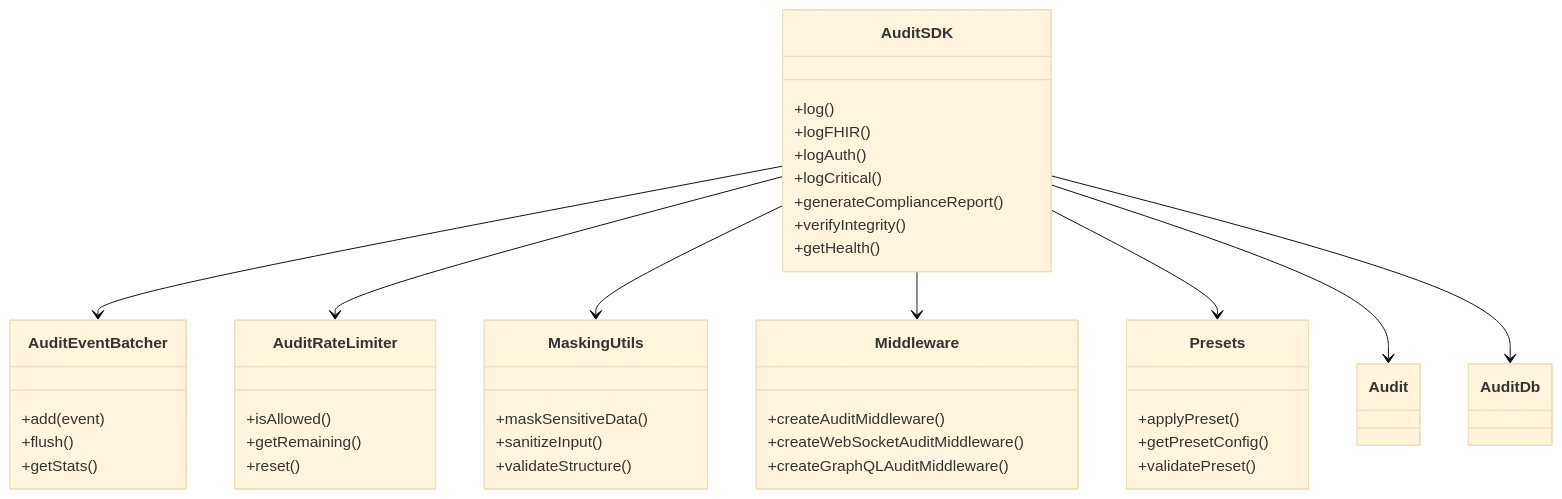
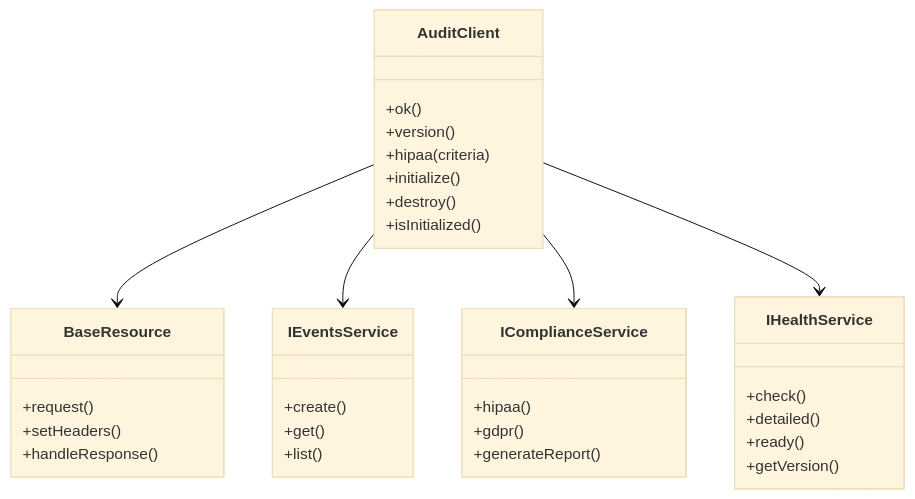
One commit to smedrec/smart-logs changed the fourth of 5 diagrams in .qoder/repowiki/en/content/Project Overview.md. Above: the diagram before and after it, drawn with Mermaid (base theme). The commit also changed other lines of this file and 10 other files, not shown here.

First line of the commit message:
docs(audit-client): update documentation to reflect new modular architecture and features

````diff
--- a/.qoder/repowiki/en/content/Project Overview.md
+++ b/.qoder/repowiki/en/content/Project Overview.md
@@ -225,44 +225,36 @@
 ```mermaid
 classDiagram
-class AuditSDK {
-+log()
-+logFHIR()
-+logAuth()
-+logCritical()
-+generateComplianceReport()
-+verifyIntegrity()
-+getHealth()
+class AuditClient {
++ok()
++version()
++hipaa(criteria)
++initialize()
++destroy()
++isInitialized()
 }
-class AuditEventBatcher {
-+add(event)
-+flush()
-+getStats()
+class BaseResource {
++request()
++setHeaders()
++handleResponse()
 }
-class AuditRateLimiter {
-+isAllowed()
-+getRemaining()
-+reset()
+class IEventsService {
++create()
++get()
++list()
 }
-class MaskingUtils {
-+maskSensitiveData()
-+sanitizeInput()
-+validateStructure()
+class IComplianceService {
++hipaa()
++gdpr()
++generateReport()
 }
-class Middleware {
-+createAuditMiddleware()
-+createWebSocketAuditMiddleware()
-+createGraphQLAuditMiddleware()
+class IHealthService {
++check()
++detailed()
++ready()
++getVersion()
 }
-class Presets {
-+applyPreset()
-+getPresetConfig()
-+validatePreset()
-}
-AuditSDK --> AuditEventBatcher
-AuditSDK --> AuditRateLimiter
-AuditSDK --> MaskingUtils
-AuditSDK --> Middleware
-AuditSDK --> Presets
-AuditSDK --> Audit
-AuditSDK --> AuditDb
+AuditClient --> BaseResource
+AuditClient --> IEventsService
+AuditClient --> IComplianceService
+AuditClient --> IHealthService
 ```
````
